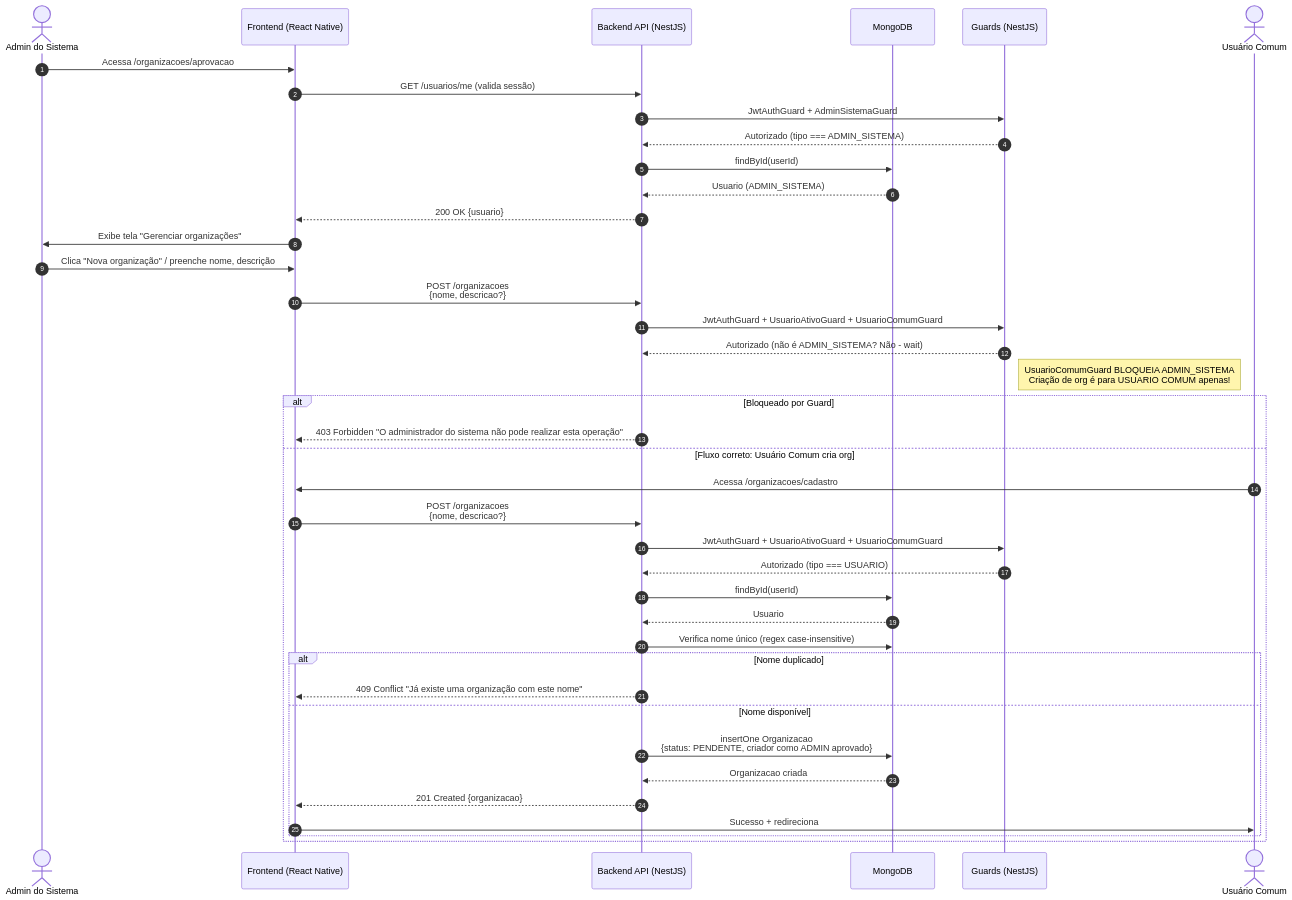
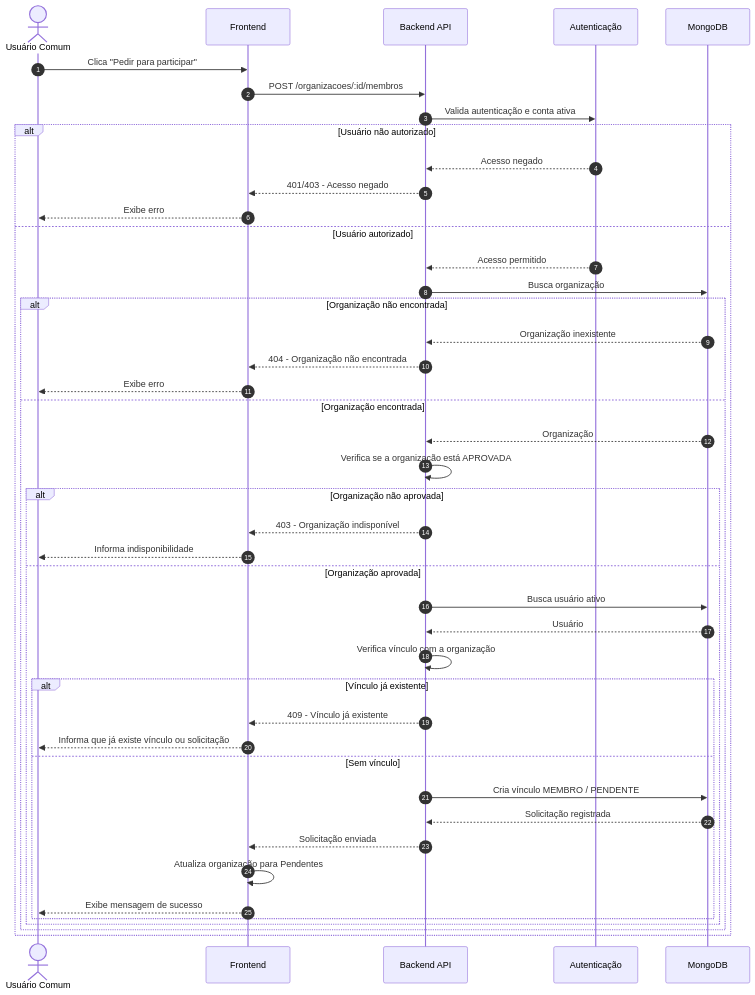
One commit to MrLucasMoreira/PDSI-Conecta- changed the third of 9 diagrams in docs/cadastro-usuario/6 - diagramas-sequencia-cadastro-usuario.md. Above: the diagram before and after it, drawn with Mermaid. The commit also changed other lines of this file and 7 other files, not shown here.

Commit message:
fix: Resumo nos arquivos de docs, da pasta cadastro-usuario

````diff
--- a/docs/cadastro-usuario/6 - diagramas-sequencia-cadastro-usuario.md
+++ b/docs/cadastro-usuario/6 - diagramas-sequencia-cadastro-usuario.md
@@ -169,46 +109,55 @@
 ```mermaid
 sequenceDiagram
     autonumber
-    actor AdminSistema as Admin do Sistema
-    participant Frontend as Frontend (React Native)
-    participant API as Backend API (NestJS)
+
+    actor Usuario as Usuário Comum
+    participant Frontend as Frontend
+    participant API as Backend API
+    participant Guards as Autenticação
     participant DB as MongoDB
-    participant Guards as Guards (NestJS)
 
-    AdminSistema->>Frontend: Acessa /organizacoes/aprovacao
-    Frontend->>API: GET /usuarios/me (valida sessão)
-    API->>Guards: JwtAuthGuard + AdminSistemaGuard
-    Guards-->>API: Autorizado (tipo === ADMIN_SISTEMA)
-    API->>DB: findById(userId)
-    DB-->>API: Usuario (ADMIN_SISTEMA)
-    API-->>Frontend: 200 OK {usuario}
-    Frontend->>AdminSistema: Exibe tela "Gerenciar organizações"
-    
-    AdminSistema->>Frontend: Clica "Nova organização" / preenche nome, descrição
-    Frontend->>API: POST /organizacoes<br/>{nome, descricao?}
-    API->>Guards: JwtAuthGuard + UsuarioAtivoGuard + UsuarioComumGuard
-    Guards-->>API: Autorizado (não é ADMIN_SISTEMA? Não - wait)
-    
-    Note right of Guards: UsuarioComumGuard BLOQUEIA ADMIN_SISTEMA<br/>Criação de org é para USUARIO COMUM apenas!
-    
-    alt Bloqueado por Guard
-        API-->>Frontend: 403 Forbidden "O administrador do sistema não pode realizar esta operação"
-    else Fluxo correto: Usuário Comum cria org
-        Actor UsuarioComum as Usuário Comum
-        UsuarioComum->>Frontend: Acessa /organizacoes/cadastro
-        Frontend->>API: POST /organizacoes<br/>{nome, descricao?}
-        API->>Guards: JwtAuthGuard + UsuarioAtivoGuard + UsuarioComumGuard
-        Guards-->>API: Autorizado (tipo === USUARIO)
-        API->>DB: findById(userId)
-        DB-->>API: Usuario
-        API->>DB: Verifica nome único (regex case-insensitive)
-        alt Nome duplicado
-            API-->>Frontend: 409 Conflict "Já existe uma organização com este nome"
-        else Nome disponível
-            API->>DB: insertOne Organizacao<br/>{status: PENDENTE, criador como ADMIN aprovado}
-            DB-->>API: Organizacao criada
-            API-->>Frontend: 201 Created {organizacao}
-            Frontend->>UsuarioComum: Sucesso + redireciona
+    Usuario->>Frontend: Clica "Pedir para participar"
+
+    Frontend->>API: POST /organizacoes/:id/membros
+    API->>Guards: Valida autenticação e conta ativa
+
+    alt Usuário não autorizado
+        Guards-->>API: Acesso negado
+        API-->>Frontend: 401/403 - Acesso negado
+        Frontend-->>Usuario: Exibe erro
+    else Usuário autorizado
+        Guards-->>API: Acesso permitido
+        API->>DB: Busca organização
+
+        alt Organização não encontrada
+            DB-->>API: Organização inexistente
+            API-->>Frontend: 404 - Organização não encontrada
+            Frontend-->>Usuario: Exibe erro
+        else Organização encontrada
+            DB-->>API: Organização
+
+            API->>API: Verifica se a organização está APROVADA
+
+            alt Organização não aprovada
+                API-->>Frontend: 403 - Organização indisponível
+                Frontend-->>Usuario: Informa indisponibilidade
+            else Organização aprovada
+                API->>DB: Busca usuário ativo
+                DB-->>API: Usuário
+
+                API->>API: Verifica vínculo com a organização
+
+                alt Vínculo já existente
+                    API-->>Frontend: 409 - Vínculo já existente
+                    Frontend-->>Usuario: Informa que já existe vínculo ou solicitação
+                else Sem vínculo
+                    API->>DB: Cria vínculo MEMBRO / PENDENTE
+                    DB-->>API: Solicitação registrada
+                    API-->>Frontend: Solicitação enviada
+                    Frontend->>Frontend: Atualiza organização para Pendentes
+                    Frontend-->>Usuario: Exibe mensagem de sucesso
+                end
+            end
         end
     end
 ```
````
